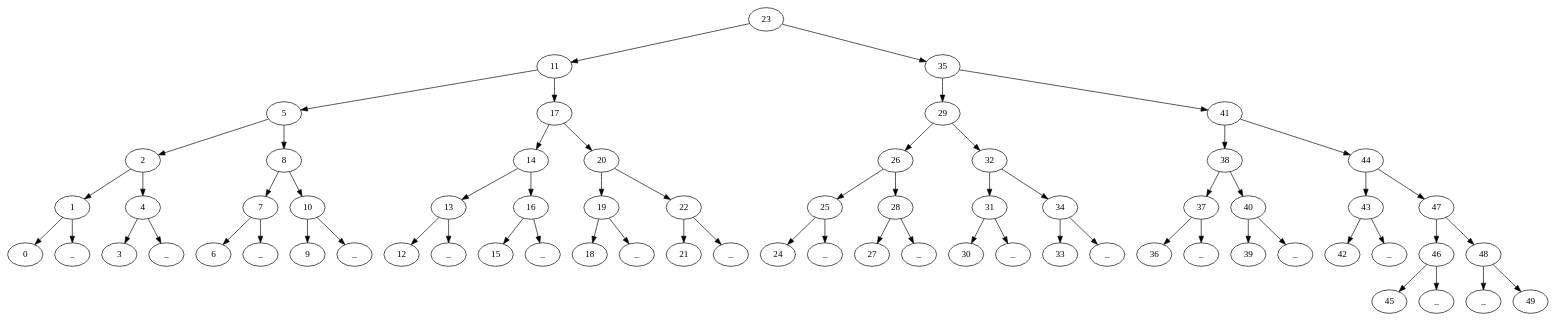
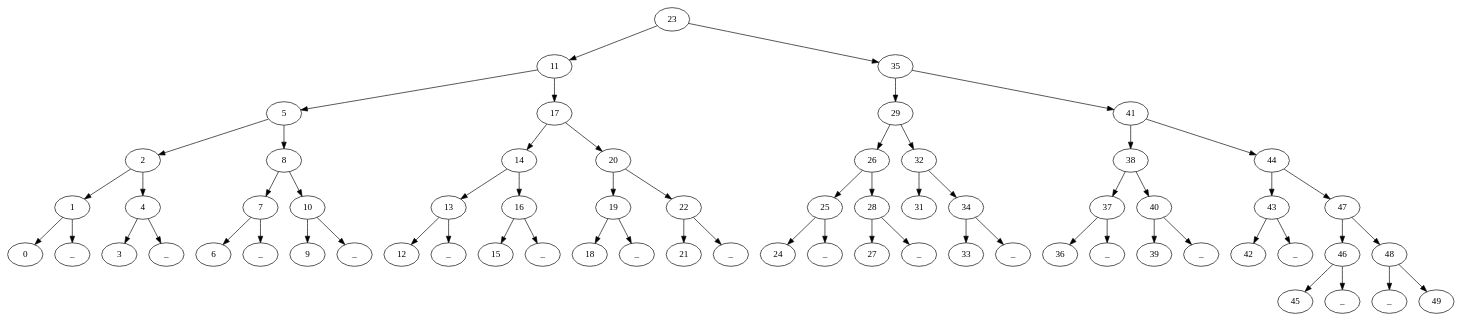
Before and after one commit to migueltoro/adda_v3: the diagram in ParteComun/ficheros/avl_tree.gv, drawn with Graphviz. The commit also changed 215 other files, not shown here.

```diff
--- a/ParteComun/ficheros/avl_tree.gv
+++ b/ParteComun/ficheros/avl_tree.gv
@@ -1,135 +1,131 @@
 strict digraph G {
   1 [ label="23" ];
   2 [ label="11" ];
   3 [ label="5" ];
   4 [ label="2" ];
   5 [ label="1" ];
   6 [ label="0" ];
   7 [ label="_" ];
   8 [ label="4" ];
   9 [ label="3" ];
   10 [ label="_" ];
   11 [ label="8" ];
   12 [ label="7" ];
   13 [ label="6" ];
   14 [ label="_" ];
   15 [ label="10" ];
   16 [ label="9" ];
   17 [ label="_" ];
   18 [ label="17" ];
   19 [ label="14" ];
   20 [ label="13" ];
   21 [ label="12" ];
   22 [ label="_" ];
   23 [ label="16" ];
   24 [ label="15" ];
   25 [ label="_" ];
   26 [ label="20" ];
   27 [ label="19" ];
   28 [ label="18" ];
   29 [ label="_" ];
   30 [ label="22" ];
   31 [ label="21" ];
   32 [ label="_" ];
   33 [ label="35" ];
   34 [ label="29" ];
   35 [ label="26" ];
   36 [ label="25" ];
   37 [ label="24" ];
   38 [ label="_" ];
   39 [ label="28" ];
   40 [ label="27" ];
   41 [ label="_" ];
   42 [ label="32" ];
   43 [ label="31" ];
-  44 [ label="30" ];
-  45 [ label="_" ];
-  46 [ label="34" ];
-  47 [ label="33" ];
-  48 [ label="_" ];
-  49 [ label="41" ];
-  50 [ label="38" ];
-  51 [ label="37" ];
-  52 [ label="36" ];
-  53 [ label="_" ];
-  54 [ label="40" ];
-  55 [ label="39" ];
-  56 [ label="_" ];
-  57 [ label="44" ];
-  58 [ label="43" ];
-  59 [ label="42" ];
-  60 [ label="_" ];
-  61 [ label="47" ];
-  62 [ label="46" ];
-  63 [ label="45" ];
+  44 [ label="34" ];
+  45 [ label="33" ];
+  46 [ label="_" ];
+  47 [ label="41" ];
+  48 [ label="38" ];
+  49 [ label="37" ];
+  50 [ label="36" ];
+  51 [ label="_" ];
+  52 [ label="40" ];
+  53 [ label="39" ];
+  54 [ label="_" ];
+  55 [ label="44" ];
+  56 [ label="43" ];
+  57 [ label="42" ];
+  58 [ label="_" ];
+  59 [ label="47" ];
+  60 [ label="46" ];
+  61 [ label="45" ];
+  62 [ label="_" ];
+  63 [ label="48" ];
   64 [ label="_" ];
-  65 [ label="48" ];
-  66 [ label="_" ];
-  67 [ label="49" ];
+  65 [ label="49" ];
   1 -> 2 [ ];
   1 -> 33 [ ];
   2 -> 3 [ ];
   2 -> 18 [ ];
   3 -> 4 [ ];
   3 -> 11 [ ];
   4 -> 5 [ ];
   4 -> 8 [ ];
   5 -> 6 [ ];
   5 -> 7 [ ];
   8 -> 9 [ ];
   8 -> 10 [ ];
   11 -> 12 [ ];
   11 -> 15 [ ];
   12 -> 13 [ ];
   12 -> 14 [ ];
   15 -> 16 [ ];
   15 -> 17 [ ];
   18 -> 19 [ ];
   18 -> 26 [ ];
   19 -> 20 [ ];
   19 -> 23 [ ];
   20 -> 21 [ ];
   20 -> 22 [ ];
   23 -> 24 [ ];
   23 -> 25 [ ];
   26 -> 27 [ ];
   26 -> 30 [ ];
   27 -> 28 [ ];
   27 -> 29 [ ];
   30 -> 31 [ ];
   30 -> 32 [ ];
   33 -> 34 [ ];
-  33 -> 49 [ ];
+  33 -> 47 [ ];
   34 -> 35 [ ];
   34 -> 42 [ ];
   35 -> 36 [ ];
   35 -> 39 [ ];
   36 -> 37 [ ];
   36 -> 38 [ ];
   39 -> 40 [ ];
   39 -> 41 [ ];
   42 -> 43 [ ];
-  42 -> 46 [ ];
-  43 -> 44 [ ];
-  43 -> 45 [ ];
-  46 -> 47 [ ];
-  46 -> 48 [ ];
+  42 -> 44 [ ];
+  44 -> 45 [ ];
+  44 -> 46 [ ];
+  47 -> 48 [ ];
+  47 -> 55 [ ];
+  48 -> 49 [ ];
+  48 -> 52 [ ];
   49 -> 50 [ ];
-  49 -> 57 [ ];
-  50 -> 51 [ ];
-  50 -> 54 [ ];
-  51 -> 52 [ ];
-  51 -> 53 [ ];
-  54 -> 55 [ ];
-  54 -> 56 [ ];
-  57 -> 58 [ ];
-  57 -> 61 [ ];
-  58 -> 59 [ ];
-  58 -> 60 [ ];
-  61 -> 62 [ ];
-  61 -> 65 [ ];
-  62 -> 63 [ ];
-  62 -> 64 [ ];
-  65 -> 66 [ ];
-  65 -> 67 [ ];
+  49 -> 51 [ ];
+  52 -> 53 [ ];
+  52 -> 54 [ ];
+  55 -> 56 [ ];
+  55 -> 59 [ ];
+  56 -> 57 [ ];
+  56 -> 58 [ ];
+  59 -> 60 [ ];
+  59 -> 63 [ ];
+  60 -> 61 [ ];
+  60 -> 62 [ ];
+  63 -> 64 [ ];
+  63 -> 65 [ ];
 }
```
